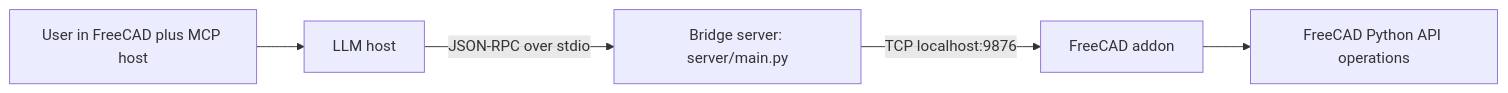
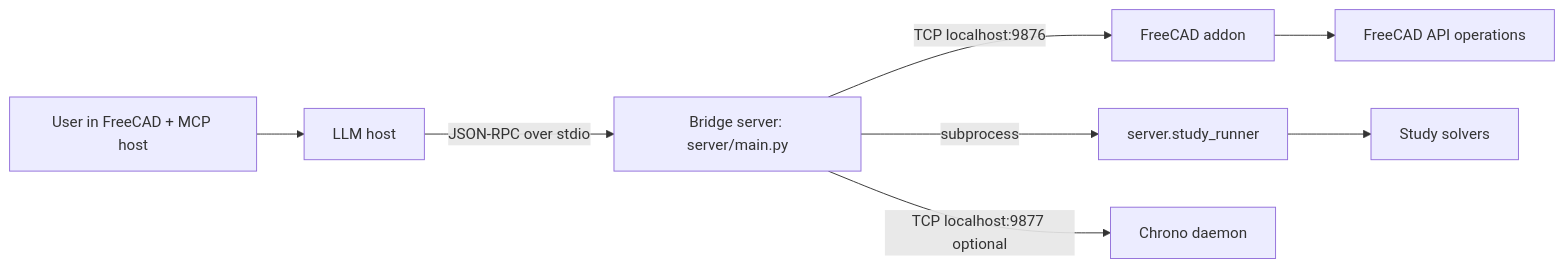
One commit to John-Cusack/solidmind-cad changed the diagram in README.md. Above: the diagram before and after it, drawn with Mermaid. The commit also changed other lines of this file and 32 other files, not shown here.

````diff
--- a/README.md
+++ b/README.md
@@ -47,7 +37,12 @@
 ```mermaid
 flowchart LR
-    U[User in FreeCAD plus MCP host] --> H[LLM host]
+    U[User in FreeCAD + MCP host] --> H[LLM host]
     H -->|JSON-RPC over stdio| S[Bridge server: server/main.py]
     S -->|TCP localhost:9876| F[FreeCAD addon]
-    F --> G[FreeCAD Python API operations]
+    F --> G[FreeCAD API operations]
+
+    S -->|subprocess| R[server.study_runner]
+    R --> V[Study solvers]
+
+    S -->|TCP localhost:9877 optional| C[Chrono daemon]
 ```
````
